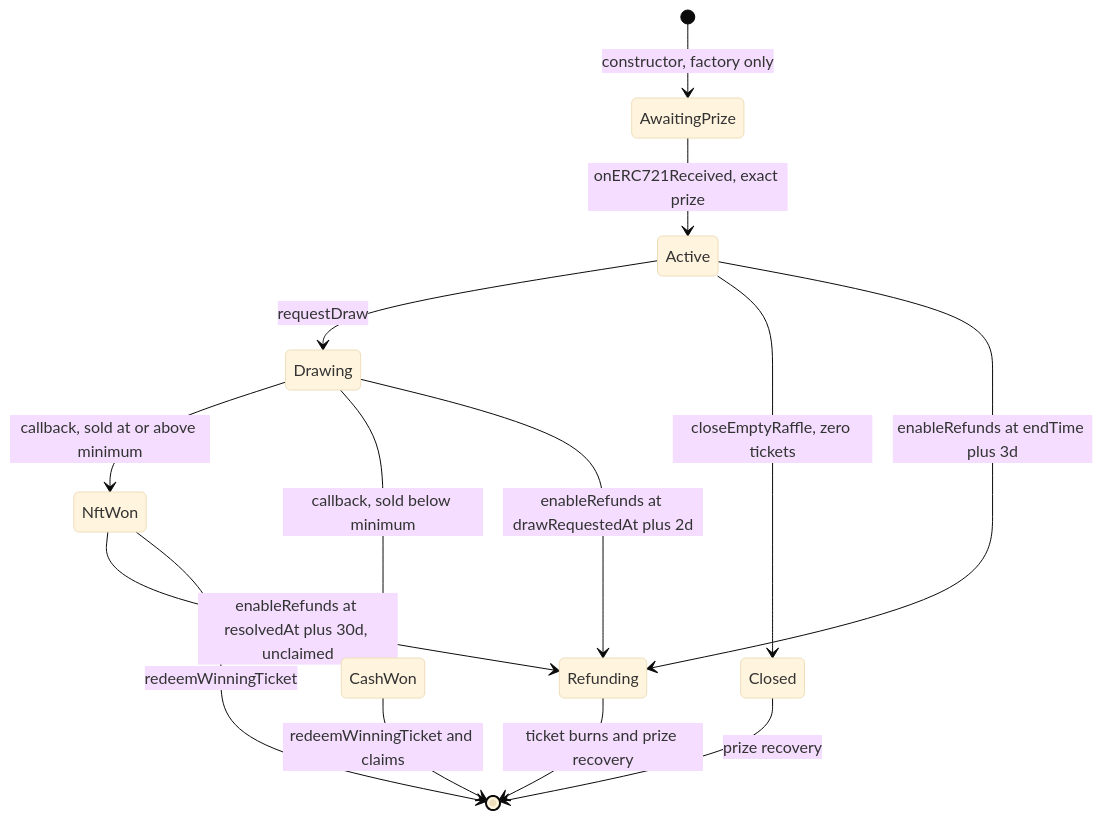
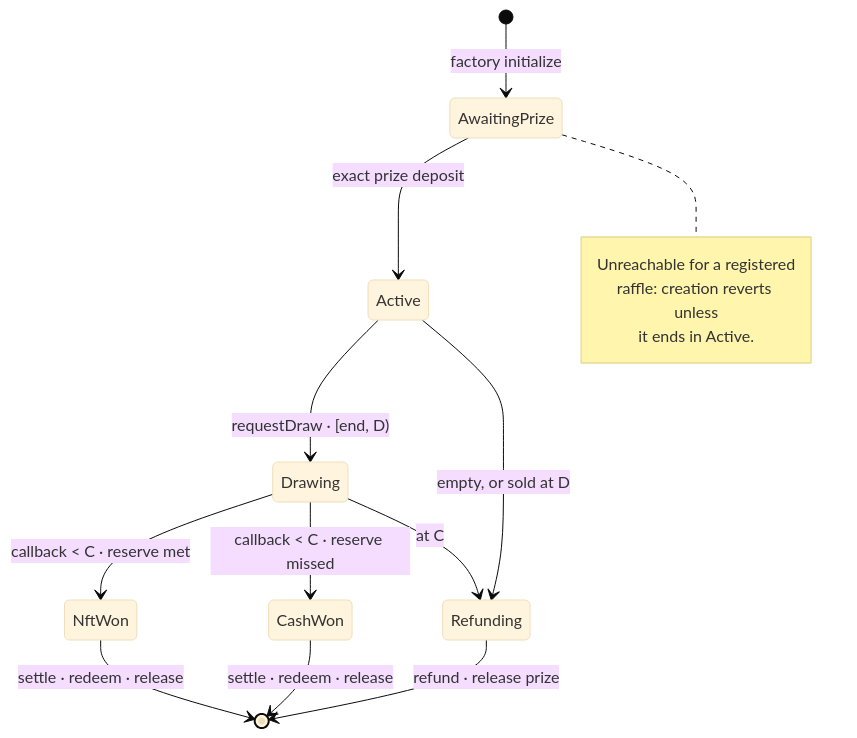
Before and after one commit to Heesho/raffle-fun: the second of 6 diagrams in docs/whitepapers/raffle-fun-technical-whitepaper.md, drawn with Mermaid (base theme). The commit also changed other lines of this file and 14 other files, not shown here.

````diff
--- a/docs/whitepapers/raffle-fun-technical-whitepaper.md
+++ b/docs/whitepapers/raffle-fun-technical-whitepaper.md
@@ -191,16 +240,20 @@
 ```mermaid
+%% caption: The complete lifecycle. All three terminal states are absorbing — unlike the retired design, NftWon has no edge back to Refunding, so a resolved result is final.
 stateDiagram-v2
-  [*] --> AwaitingPrize: constructor, factory only
-  AwaitingPrize --> Active: onERC721Received, exact prize
-  Active --> Drawing: requestDraw
-  Active --> Closed: closeEmptyRaffle, zero tickets
-  Active --> Refunding: enableRefunds at endTime plus 3d
-  Drawing --> NftWon: callback, sold at or above minimum
-  Drawing --> CashWon: callback, sold below minimum
-  Drawing --> Refunding: enableRefunds at drawRequestedAt plus 2d
-  NftWon --> Refunding: enableRefunds at resolvedAt plus 30d, unclaimed
-  NftWon --> [*]: redeemWinningTicket
-  CashWon --> [*]: redeemWinningTicket and claims
-  Refunding --> [*]: ticket burns and prize recovery
-  Closed --> [*]: prize recovery
+  direction TB
+  [*] --> AwaitingPrize: factory initialize
+  AwaitingPrize --> Active: exact prize deposit
+  Active --> Drawing: requestDraw · [end, D)
+  Active --> Refunding: empty, or sold at D
+  Drawing --> NftWon: callback < C · reserve met
+  Drawing --> CashWon: callback < C · reserve missed
+  Drawing --> Refunding: at C
+  NftWon --> [*]: settle · redeem · release
+  CashWon --> [*]: settle · redeem · release
+  Refunding --> [*]: refund · release prize
+  note right of AwaitingPrize
+    Unreachable for a registered
+    raffle: creation reverts unless
+    it ends in Active.
+  end note
 ```
````
